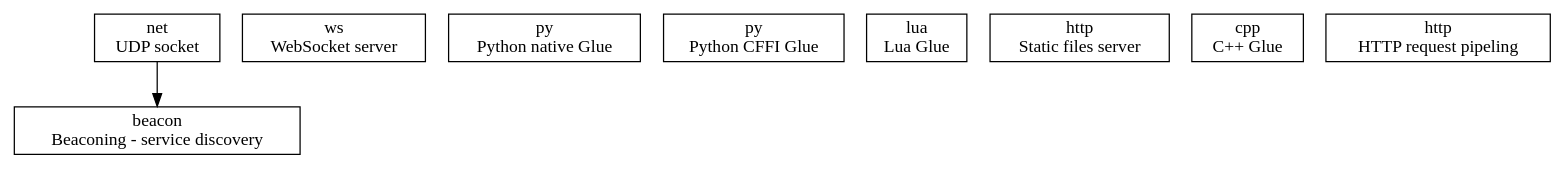
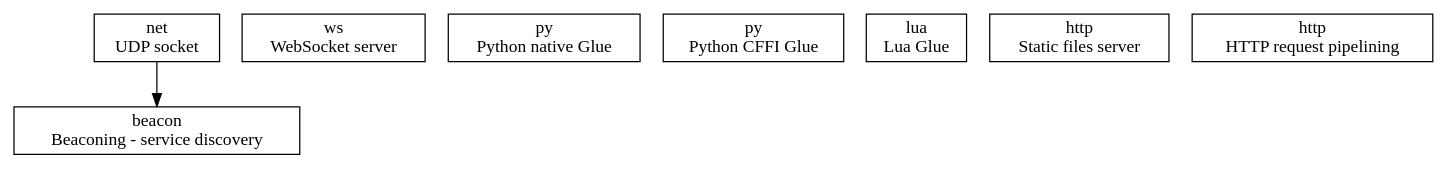
Before and after one commit to isn-/dfk: the diagram in doc/future.dot, drawn with Graphviz. The commit also changed 6 other files, not shown here.

```diff
--- a/doc/future.dot
+++ b/doc/future.dot
@@ -1,23 +1,21 @@
 digraph "DFK Library Roadmap - Future" {
   node [shape=box];
   ratio="compress";
 
   udp_socket [label="net\nUDP socket"];
 
   beacon [label="beacon\nBeaconing - service discovery"];
     udp_socket -> beacon;
 
   ws [label="ws\nWebSocket server"];
 
   python [label="py\nPython native Glue"];
   pythonffi [label="py\nPython CFFI Glue"];
 
   lua [label="lua\nLua Glue"];
 
   static [label="http\nStatic files server"];
 
-  cpp [label="cpp\nC++ Glue"];
-
-  pipeling [label="http\nHTTP request pipeling"];
+  pipelining [label="http\nHTTP request pipelining"];
 
 }
```
